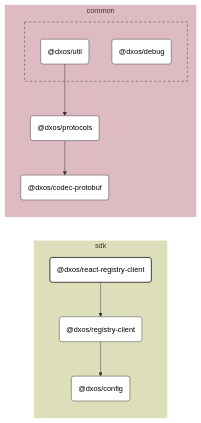
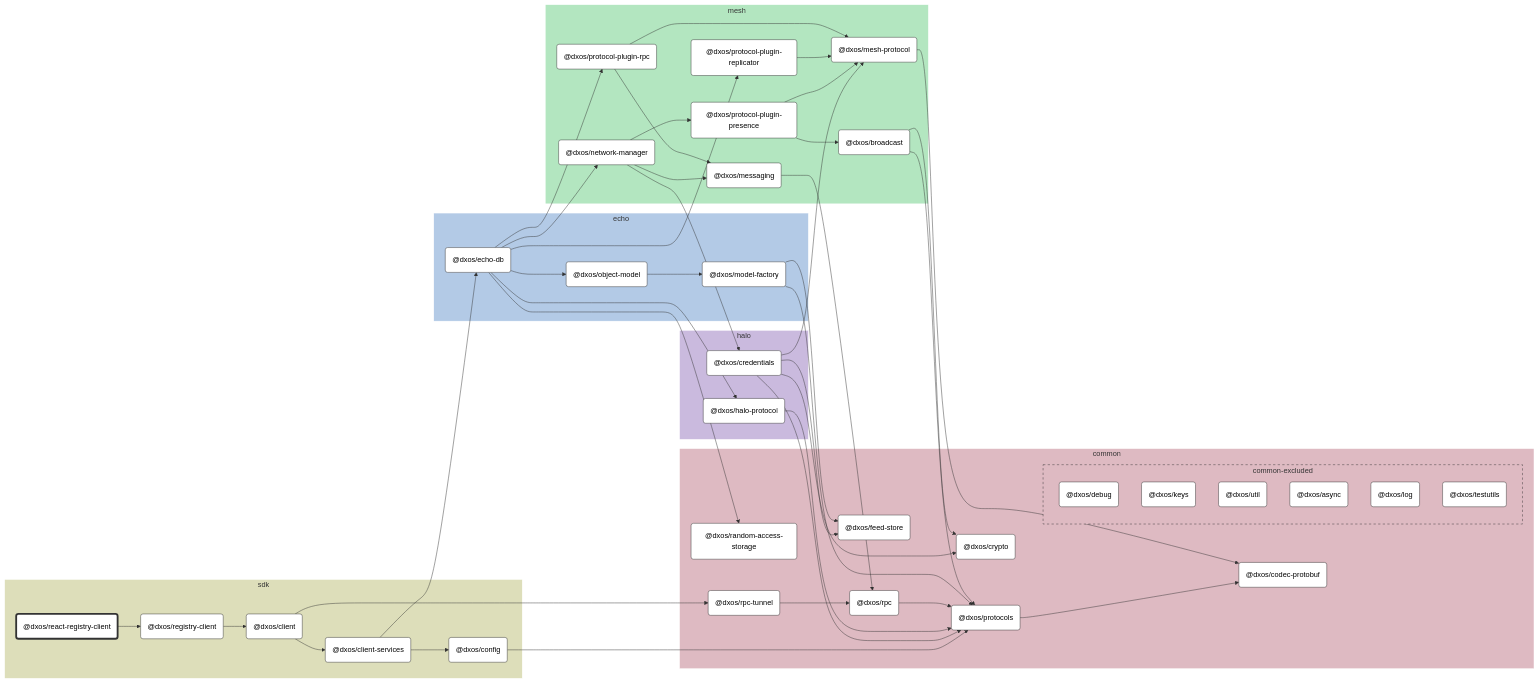
The diagram in packages/sdk/react-registry-client/docs/README.md (dxos/dxos), drawn with Mermaid (forest theme) before and after one commit. The commit also changed other lines of this file and 683 other files, not shown here.

````diff
--- a/packages/sdk/react-registry-client/docs/README.md
+++ b/packages/sdk/react-registry-client/docs/README.md
@@ -9,55 +9,132 @@
 
 flowchart LR
 
-%% Links
-dxos/protocols --> dxos/codec-protobuf;
-dxos/react-registry-client --> dxos/registry-client;
-dxos/registry-client --> dxos/config;
-dxos/util --> dxos/protocols;
+%% Classes
+classDef def fill:#fff,stroke:#333,stroke-width:1px
+classDef root fill:#fff,stroke:#333,stroke-width:4px
 
-%% Sections
-subgraph sdk
-  style sdk fill:#dddeba,stroke:#fff;
+%% Nodes
 
-  dxos/config("@dxos/config")
-  dxos/react-registry-client("@dxos/react-registry-client")
-  dxos/registry-client("@dxos/registry-client")
+subgraph sdk [sdk]
+  style sdk fill:#dddeba,stroke:#fff
+  dxos/react-registry-client("@dxos/react-registry-client"):::root
+  click dxos/react-registry-client "dxos/dxos/tree/main/packages/sdk/react-registry-client/docs"
+  dxos/config("@dxos/config"):::def
+  click dxos/config "dxos/dxos/tree/main/packages/sdk/config/docs"
+  dxos/registry-client("@dxos/registry-client"):::def
+  click dxos/registry-client "dxos/dxos/tree/main/packages/sdk/registry-client/docs"
+  dxos/client("@dxos/client"):::def
+  click dxos/client "dxos/dxos/tree/main/packages/sdk/client/docs"
+  dxos/client-services("@dxos/client-services"):::def
+  click dxos/client-services "dxos/dxos/tree/main/packages/sdk/client-services/docs"
 end
 
-subgraph common
-  style common fill:#debac2,stroke:#fff;
+subgraph common [common]
+  style common fill:#debac2,stroke:#fff
+  dxos/codec-protobuf("@dxos/codec-protobuf"):::def
+  click dxos/codec-protobuf "dxos/dxos/tree/main/packages/common/codec-protobuf/docs"
+  dxos/protocols("@dxos/protocols"):::def
+  click dxos/protocols "dxos/dxos/tree/main/packages/common/protocols/docs"
+  dxos/crypto("@dxos/crypto"):::def
+  click dxos/crypto "dxos/dxos/tree/main/packages/common/crypto/docs"
+  dxos/feed-store("@dxos/feed-store"):::def
+  click dxos/feed-store "dxos/dxos/tree/main/packages/common/feed-store/docs"
+  dxos/rpc("@dxos/rpc"):::def
+  click dxos/rpc "dxos/dxos/tree/main/packages/common/rpc/docs"
+  dxos/random-access-storage("@dxos/random-access-storage"):::def
+  click dxos/random-access-storage "dxos/dxos/tree/main/packages/common/random-access-storage/docs"
+  dxos/rpc-tunnel("@dxos/rpc-tunnel"):::def
+  click dxos/rpc-tunnel "dxos/dxos/tree/main/packages/common/rpc-tunnel/docs"
 
-  dxos/codec-protobuf("@dxos/codec-protobuf")
-  dxos/protocols("@dxos/protocols")
-
-  subgraph common-excluded [ ]
-    style common-excluded fill:#debac2,stroke:#333,stroke-dasharray:5 5;
-
-    dxos/debug("@dxos/debug")
-    dxos/util("@dxos/util")
+  subgraph common-excluded [common-excluded]
+    style common-excluded fill:#debac2,stroke:#333,stroke-dasharray:5 5
+    dxos/debug("@dxos/debug"):::def
+    click dxos/debug "dxos/dxos/tree/main/packages/common/debug/docs"
+    dxos/keys("@dxos/keys"):::def
+    click dxos/keys "dxos/dxos/tree/main/packages/common/keys/docs"
+    dxos/util("@dxos/util"):::def
+    click dxos/util "dxos/dxos/tree/main/packages/common/util/docs"
+    dxos/async("@dxos/async"):::def
+    click dxos/async "dxos/dxos/tree/main/packages/common/async/docs"
+    dxos/log("@dxos/log"):::def
+    click dxos/log "dxos/dxos/tree/main/packages/common/log/docs"
+    dxos/testutils("@dxos/testutils"):::def
+    click dxos/testutils "dxos/dxos/tree/main/packages/common/testutils/docs"
   end
 end
 
+subgraph halo [halo]
+  style halo fill:#cabade,stroke:#fff
+  dxos/credentials("@dxos/credentials"):::def
+  click dxos/credentials "dxos/dxos/tree/main/packages/halo/credentials/docs"
+  dxos/halo-protocol("@dxos/halo-protocol"):::def
+  click dxos/halo-protocol "dxos/dxos/tree/main/packages/halo/halo-protocol/docs"
+end
 
-%% Hyperlinks
-click dxos/codec-protobuf "dxos/dxos/tree/main/packages/common/codec-protobuf/docs";
-click dxos/config "dxos/dxos/tree/main/packages/sdk/config/docs";
-click dxos/debug "dxos/dxos/tree/main/packages/common/debug/docs";
-click dxos/protocols "dxos/dxos/tree/main/packages/common/protocols/docs";
-click dxos/registry-client "dxos/dxos/tree/main/packages/sdk/registry-client/docs";
-click dxos/util "dxos/dxos/tree/main/packages/common/util/docs";
+subgraph mesh [mesh]
+  style mesh fill:#b3e6c0,stroke:#fff
+  dxos/mesh-protocol("@dxos/mesh-protocol"):::def
+  click dxos/mesh-protocol "dxos/dxos/tree/main/packages/mesh/mesh-protocol/docs"
+  dxos/messaging("@dxos/messaging"):::def
+  click dxos/messaging "dxos/dxos/tree/main/packages/mesh/messaging/docs"
+  dxos/network-manager("@dxos/network-manager"):::def
+  click dxos/network-manager "dxos/dxos/tree/main/packages/mesh/network-manager/docs"
+  dxos/protocol-plugin-presence("@dxos/protocol-plugin-presence"):::def
+  click dxos/protocol-plugin-presence "dxos/dxos/tree/main/packages/mesh/protocol-plugin-presence/docs"
+  dxos/broadcast("@dxos/broadcast"):::def
+  click dxos/broadcast "dxos/dxos/tree/main/packages/mesh/broadcast/docs"
+  dxos/protocol-plugin-replicator("@dxos/protocol-plugin-replicator"):::def
+  click dxos/protocol-plugin-replicator "dxos/dxos/tree/main/packages/mesh/protocol-plugin-replicator/docs"
+  dxos/protocol-plugin-rpc("@dxos/protocol-plugin-rpc"):::def
+  click dxos/protocol-plugin-rpc "dxos/dxos/tree/main/packages/mesh/protocol-plugin-rpc/docs"
+end
 
-%% Styles
-classDef rootNode fill:#fff,stroke:#333,stroke-width:2px
-classDef defaultNode fill:#fff,stroke:#333,stroke-width:1px
+subgraph echo [echo]
+  style echo fill:#b3cae6,stroke:#fff
+  dxos/echo-db("@dxos/echo-db"):::def
+  click dxos/echo-db "dxos/dxos/tree/main/packages/echo/echo-db/docs"
+  dxos/model-factory("@dxos/model-factory"):::def
+  click dxos/model-factory "dxos/dxos/tree/main/packages/echo/model-factory/docs"
+  dxos/object-model("@dxos/object-model"):::def
+  click dxos/object-model "dxos/dxos/tree/main/packages/echo/object-model/docs"
+end
+
+%% Links
 linkStyle default stroke:#333,stroke-width:1px
-
-dxos/react-registry-client:::rootNode
-
-dxos/codec-protobuf:::defaultNode
-dxos/config:::defaultNode
-dxos/debug:::defaultNode
-dxos/protocols:::defaultNode
-dxos/registry-client:::defaultNode
-dxos/util:::defaultNode
+dxos/config --> dxos/protocols
+dxos/protocols --> dxos/codec-protobuf
+dxos/react-registry-client --> dxos/registry-client
+dxos/registry-client --> dxos/client
+dxos/client --> dxos/client-services
+dxos/credentials --> dxos/crypto
+dxos/credentials --> dxos/feed-store
+dxos/credentials --> dxos/mesh-protocol
+dxos/mesh-protocol --> dxos/codec-protobuf
+dxos/credentials --> dxos/protocols
+dxos/client-services --> dxos/config
+dxos/client-services --> dxos/echo-db
+dxos/echo-db --> dxos/halo-protocol
+dxos/halo-protocol --> dxos/protocols
+dxos/messaging --> dxos/rpc
+dxos/rpc --> dxos/protocols
+dxos/model-factory --> dxos/feed-store
+dxos/model-factory --> dxos/protocols
+dxos/echo-db --> dxos/network-manager
+dxos/network-manager --> dxos/credentials
+dxos/network-manager --> dxos/messaging
+dxos/network-manager --> dxos/protocol-plugin-presence
+dxos/protocol-plugin-presence --> dxos/broadcast
+dxos/broadcast --> dxos/crypto
+dxos/broadcast --> dxos/protocols
+dxos/protocol-plugin-presence --> dxos/mesh-protocol
+dxos/echo-db --> dxos/object-model
+dxos/object-model --> dxos/model-factory
+dxos/echo-db --> dxos/protocol-plugin-replicator
+dxos/protocol-plugin-replicator --> dxos/mesh-protocol
+dxos/echo-db --> dxos/random-access-storage
+dxos/echo-db --> dxos/protocol-plugin-rpc
+dxos/protocol-plugin-rpc --> dxos/messaging
+dxos/protocol-plugin-rpc --> dxos/mesh-protocol
+dxos/client --> dxos/rpc-tunnel
+dxos/rpc-tunnel --> dxos/rpc
 ```
````
